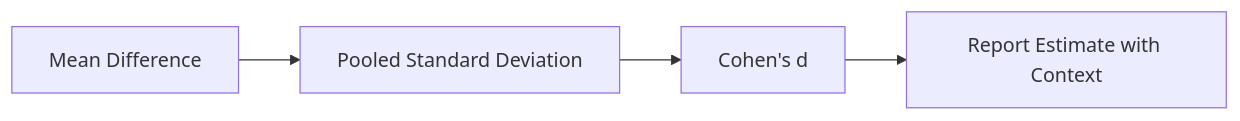
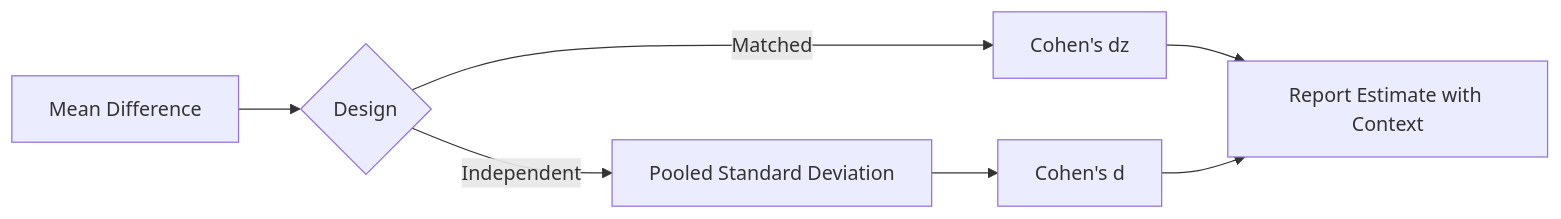
The third of 5 diagrams in plans/07-Benchmarking/04-Analysis/03-significance-testing.md (Evintkoo/2048-ml), drawn with Mermaid before and after one commit. The commit also changed other lines of this file and 32 other files, not shown here.

````diff
--- a/plans/07-Benchmarking/04-Analysis/03-significance-testing.md
+++ b/plans/07-Benchmarking/04-Analysis/03-significance-testing.md
@@ -79,6 +77,9 @@
 ```mermaid
 flowchart LR
-    A[Mean Difference] --> B[Pooled Standard Deviation]
-    B --> C[Cohen's d]
-    C --> D[Report Estimate with Context]
+    A[Mean Difference] --> B{Design}
+    B -->|Matched| C[Cohen's dz]
+    B -->|Independent| D[Pooled Standard Deviation]
+    D --> E[Cohen's d]
+    C --> F[Report Estimate with Context]
+    E --> F
 ```
````
